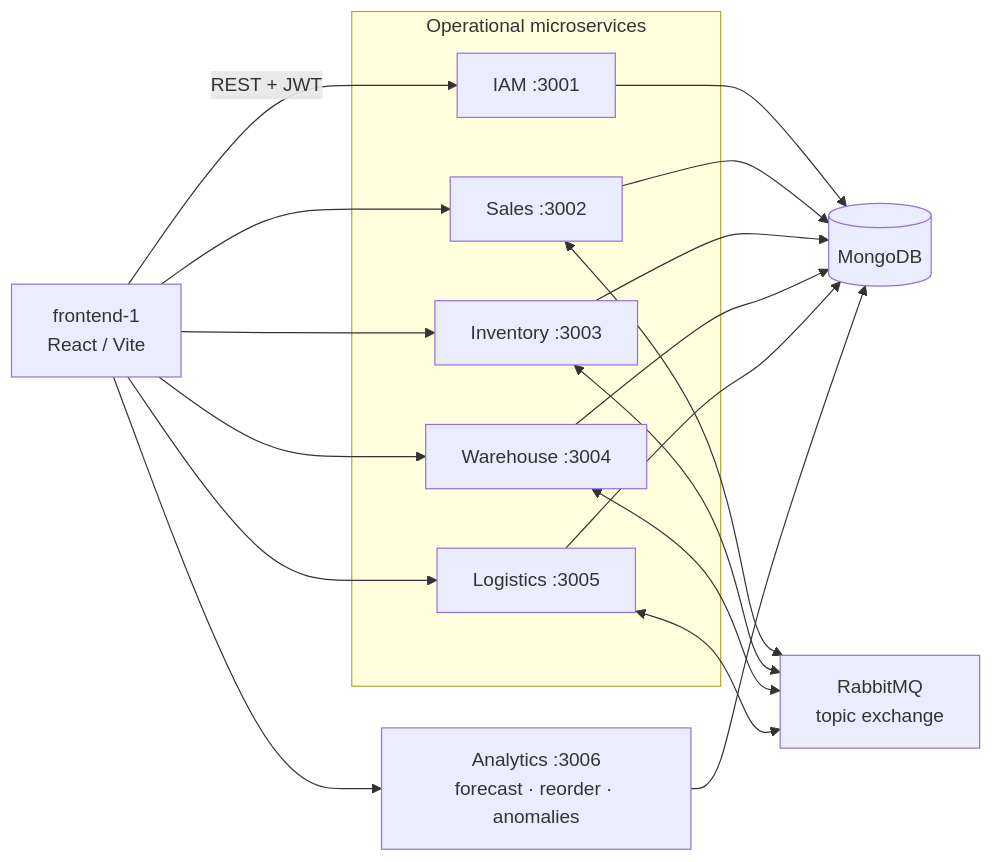
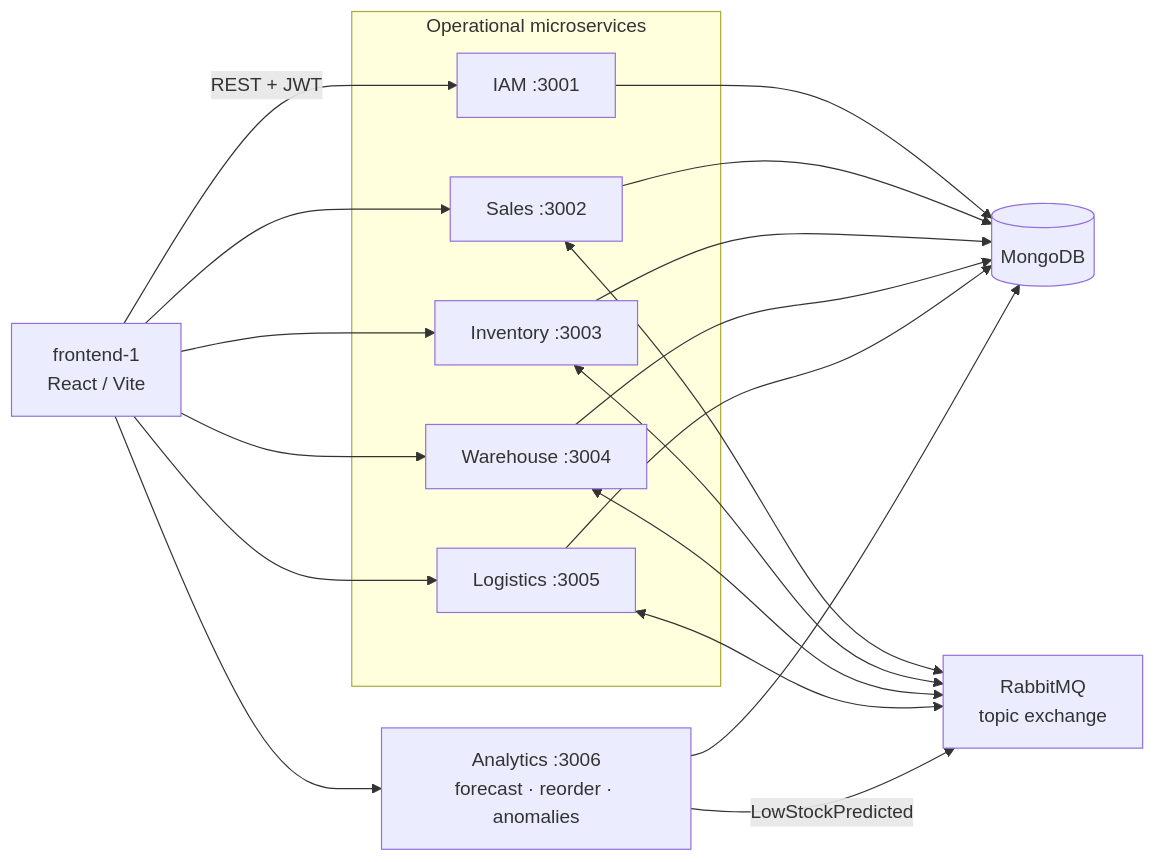
One commit to KhurshidSunny/smart-chain changed the diagram in README.md. Above: the diagram before and after it, drawn with Mermaid. The commit also changed other lines of this file and 9 other files, not shown here.

Commit message:
Publish LowStockPredicted event when forecast exceeds available stock

````diff
--- a/README.md
+++ b/README.md
@@ -61,35 +61,36 @@
 ```mermaid
 flowchart LR
   UI["frontend-1<br/>React / Vite"]
 
   subgraph ops ["Operational microservices"]
     IAM["IAM :3001"]
     Sales["Sales :3002"]
     Inv["Inventory :3003"]
     Wh["Warehouse :3004"]
     Log["Logistics :3005"]
   end
 
   An["Analytics :3006<br/>forecast · reorder · anomalies"]
   MQ["RabbitMQ<br/>topic exchange"]
   DB[(MongoDB)]
 
   UI -->|REST + JWT| IAM
   UI --> Sales
   UI --> Inv
   UI --> Wh
   UI --> Log
   UI --> An
 
   Sales <--> MQ
   Inv <--> MQ
   Wh <--> MQ
   Log <--> MQ
+  An -->|LowStockPredicted| MQ
 
   IAM --> DB
   Sales --> DB
   Inv --> DB
   Wh --> DB
   Log --> DB
   An --> DB
 ```
````
